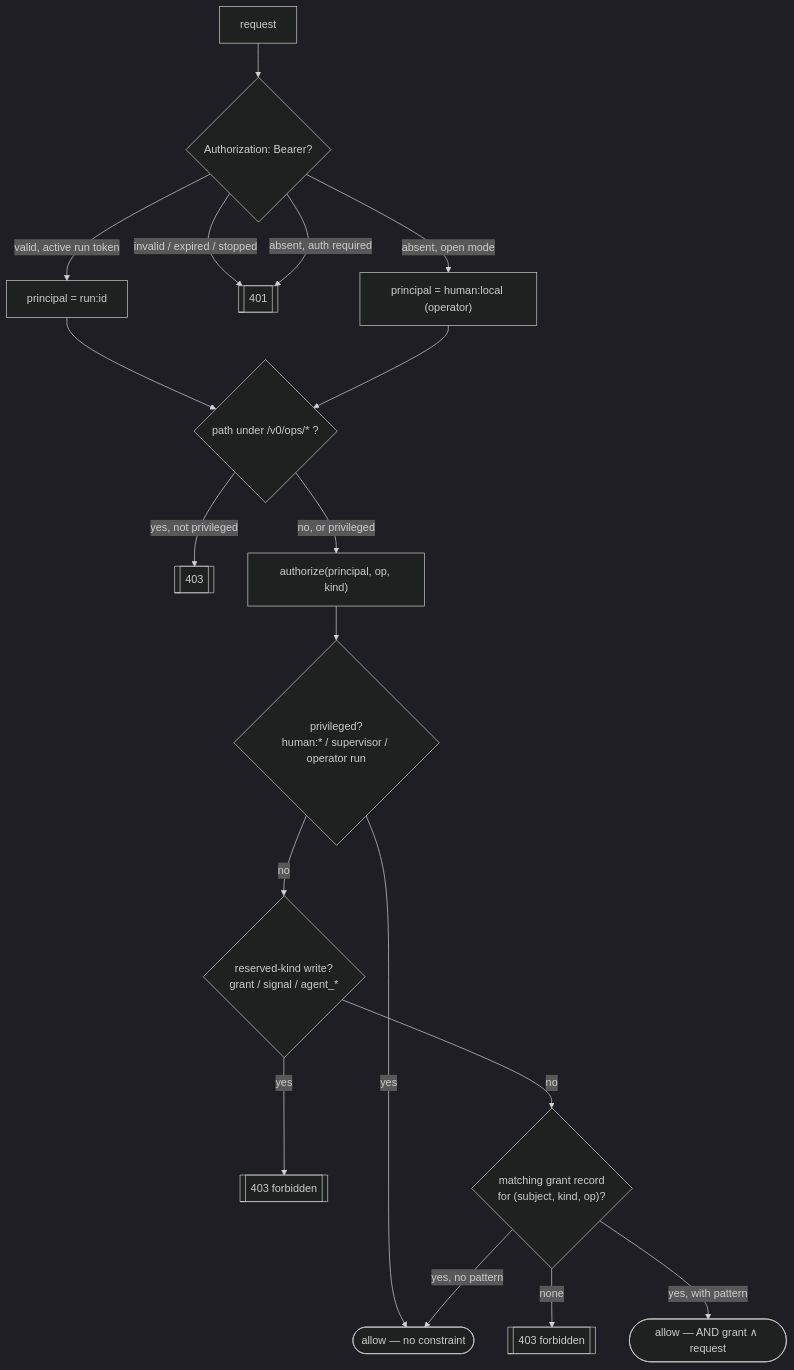
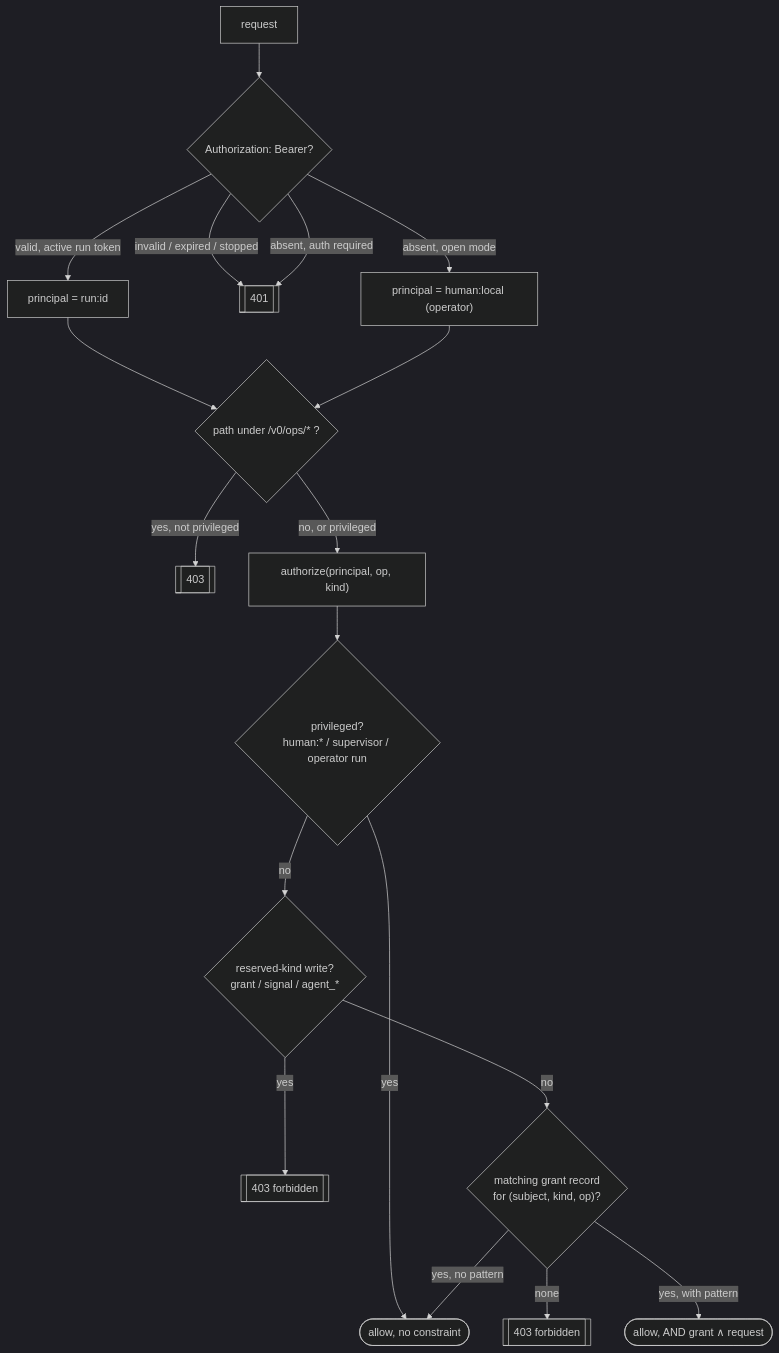
Before and after one commit to wistrand/radia: the third of 5 diagrams in agent_docs/design-auth.md, drawn with Mermaid (dark theme). The commit also changed other lines of this file and 136 other files, not shown here.

````diff
--- a/agent_docs/design-auth.md
+++ b/agent_docs/design-auth.md
@@ -211,20 +211,20 @@
 ```mermaid
 flowchart TD
     Req[request] --> B{"Authorization: Bearer?"}
     B -->|"valid, active run token"| Prin["principal = run:id"]
     B -->|"invalid / expired / stopped"| E401[["401"]]
     B -->|"absent, auth required"| E401
     B -->|"absent, open mode"| Oper["principal = human:local (operator)"]
     Prin --> Ops
     Oper --> Ops
     Ops{"path under /v0/ops/* ?"} -->|"yes, not privileged"| E403a[["403"]]
     Ops -->|"no, or privileged"| Az["authorize(principal, op, kind)"]
     Az --> Priv{"privileged?<br/>human:* / supervisor / operator run"}
-    Priv -->|"yes"| Allow(["allow — no constraint"])
+    Priv -->|"yes"| Allow(["allow, no constraint"])
     Priv -->|"no"| Res{"reserved-kind write?<br/>grant / signal / agent_*"}
     Res -->|"yes"| E403b[["403 forbidden"]]
     Res -->|"no"| Grant{"matching grant record<br/>for (subject, kind, op)?"}
     Grant -->|"none"| E403c[["403 forbidden"]]
     Grant -->|"yes, no pattern"| Allow
-    Grant -->|"yes, with pattern"| AllowT(["allow — AND grant ∧ request"])
+    Grant -->|"yes, with pattern"| AllowT(["allow, AND grant ∧ request"])
 ```
````
